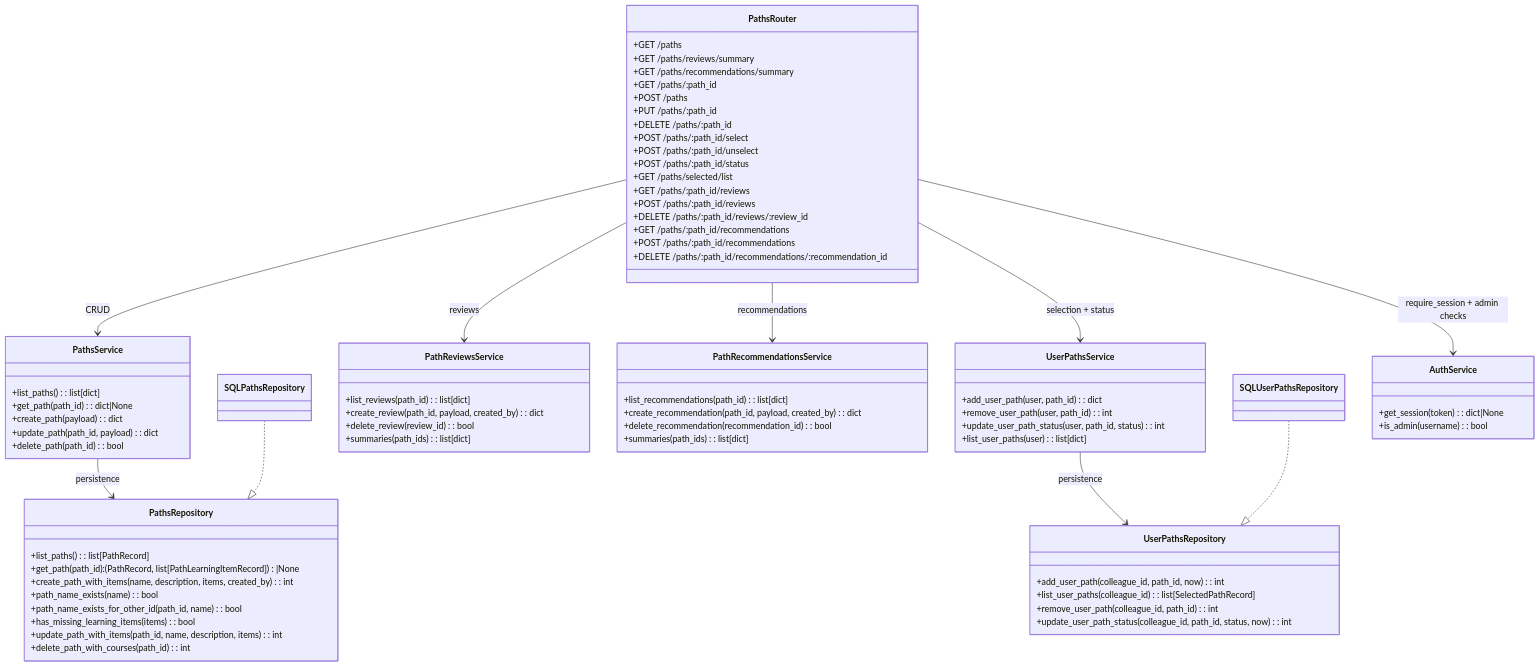
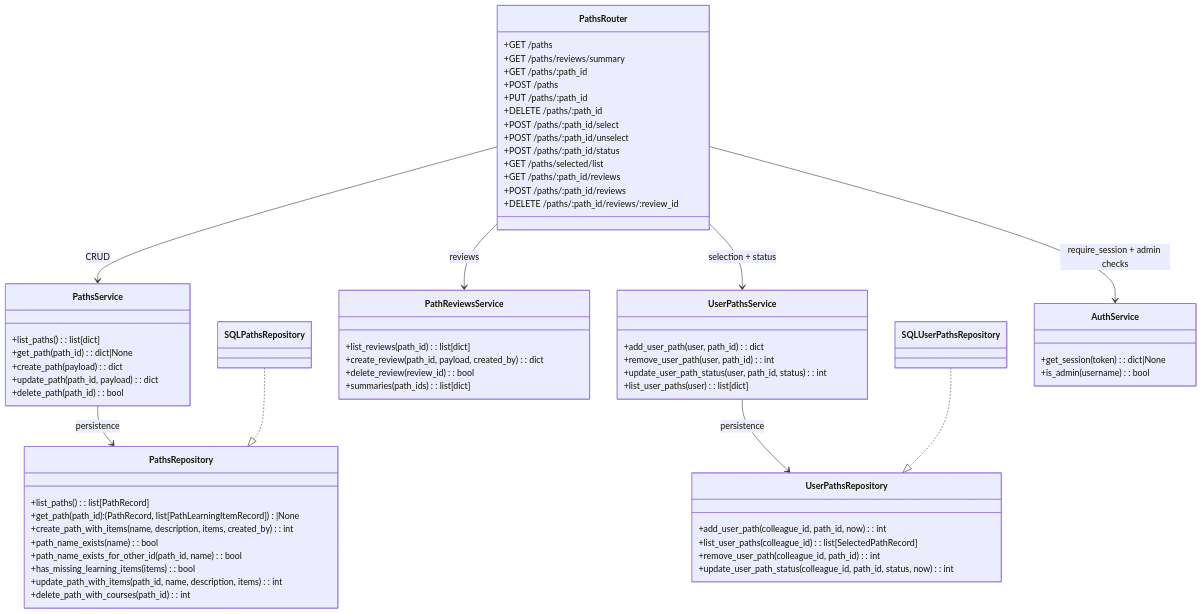
Before and after one commit to JustinMelger/Upstream: the ninth of 16 diagrams in docs/architecture_backend.md, drawn with Mermaid. The commit also changed other lines of this file and 27 other files, not shown here.

```diff
--- a/docs/architecture_backend.md
+++ b/docs/architecture_backend.md
@@ -486,7 +464,6 @@
   class PathsRouter {
     +GET /paths
     +GET /paths/reviews/summary
-    +GET /paths/recommendations/summary
     +GET /paths/:path_id
     +POST /paths
     +PUT /paths/:path_id
@@ -498,9 +475,6 @@
     +GET /paths/:path_id/reviews
     +POST /paths/:path_id/reviews
     +DELETE /paths/:path_id/reviews/:review_id
-    +GET /paths/:path_id/recommendations
-    +POST /paths/:path_id/recommendations
-    +DELETE /paths/:path_id/recommendations/:recommendation_id
   }
 
   class PathsService {
@@ -522,13 +496,6 @@
     +list_reviews(path_id): list[dict]
     +create_review(path_id, payload, created_by): dict
     +delete_review(review_id): bool
-    +summaries(path_ids): list[dict]
-  }
-
-  class PathRecommendationsService {
-    +list_recommendations(path_id): list[dict]
-    +create_recommendation(path_id, payload, created_by): dict
-    +delete_recommendation(recommendation_id): bool
     +summaries(path_ids): list[dict]
   }
 
@@ -565,7 +532,6 @@
   PathsRouter --> PathsService : CRUD
   PathsRouter --> UserPathsService : selection + status
   PathsRouter --> PathReviewsService : reviews
-  PathsRouter --> PathRecommendationsService : recommendations
   PathsService --> PathsRepository : persistence
   SQLPathsRepository ..|> PathsRepository
   UserPathsService --> UserPathsRepository : persistence
```
